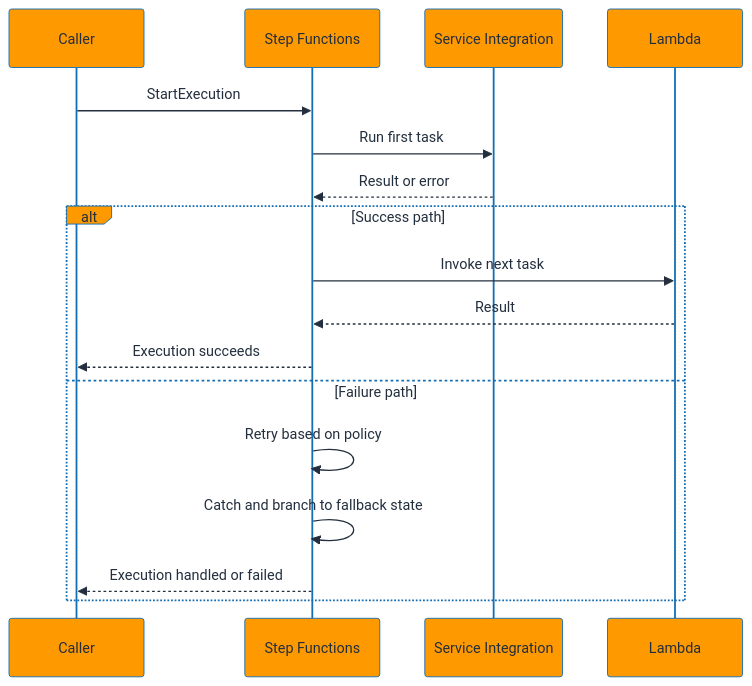
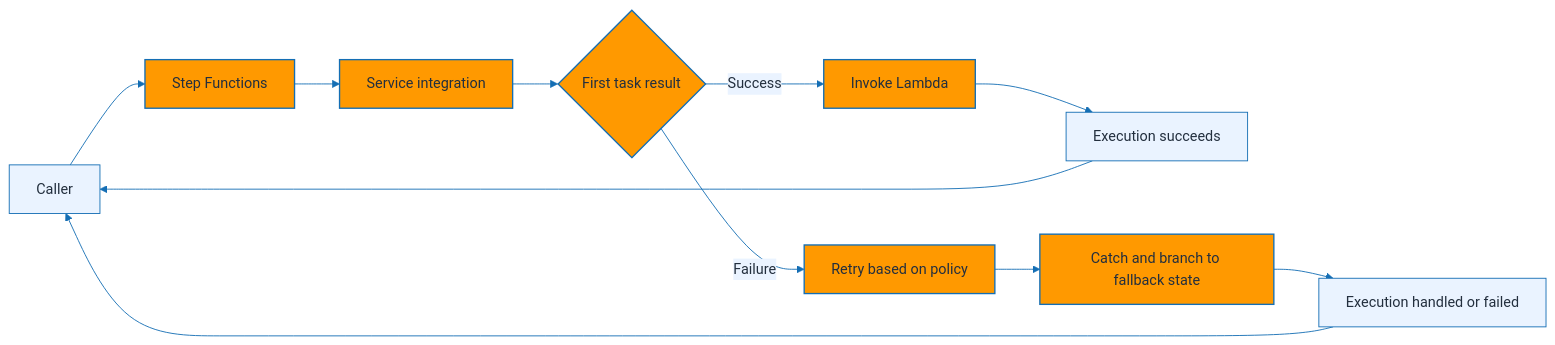
Before and after one commit to ShasidharReddy/AWS-Cloud-Engineer: the ninth of 31 diagrams in Serverless/README.md, drawn with Mermaid. The commit also changed other lines of this file and 14 other files, not shown here.

Commit message:
fix: resolve Mermaid rendering errors and add official AWS documentation links (#4)

````diff
--- a/Serverless/README.md
+++ b/Serverless/README.md
@@ -569,20 +561,18 @@
 ```mermaid
 %%{init: {'theme': 'base', 'themeVariables': { 'fontFamily': 'Inter, Arial', 'primaryColor': '#FF9900', 'primaryTextColor': '#232F3E', 'primaryBorderColor': '#146EB4', 'lineColor': '#146EB4', 'secondaryColor': '#EAF3FF', 'tertiaryColor': '#FFFFFF', 'clusterBkg': '#F7F7F7', 'clusterBorder': '#146EB4' }}}%%
-sequenceDiagram
-    participant Caller
-    participant SF as Step Functions
-    participant Task1 as Service Integration
-    participant Task2 as Lambda
-    Caller->>SF: StartExecution
-    SF->>Task1: Run first task
-    Task1-->>SF: Result or error
-    alt Success path
-        SF->>Task2: Invoke next task
-        Task2-->>SF: Result
-        SF-->>Caller: Execution succeeds
-    else Failure path
-        SF->>SF: Retry based on policy
-        SF->>SF: Catch and branch to fallback state
-        SF-->>Caller: Execution handled or failed
-    end
+flowchart LR
+    Caller[Caller] --> SF[Step Functions]
+    SF --> Task1[Service integration]
+    Task1 --> Result{First task result}
+    Result -->|Success| Task2[Invoke Lambda]
+    Task2 --> Success[Execution succeeds]
+    Success --> Caller
+    Result -->|Failure| Retry[Retry based on policy]
+    Retry --> Catch[Catch and branch to fallback state]
+    Catch --> Handled[Execution handled or failed]
+    Handled --> Caller
+    classDef aws fill:#FF9900,color:#232F3E,stroke:#146EB4,stroke-width:1.5px;
+    classDef support fill:#EAF3FF,color:#232F3E,stroke:#146EB4,stroke-width:1px;
+    class SF,Task1,Task2,Result,Retry,Catch aws;
+    class Caller,Success,Handled support;
 ```
````
